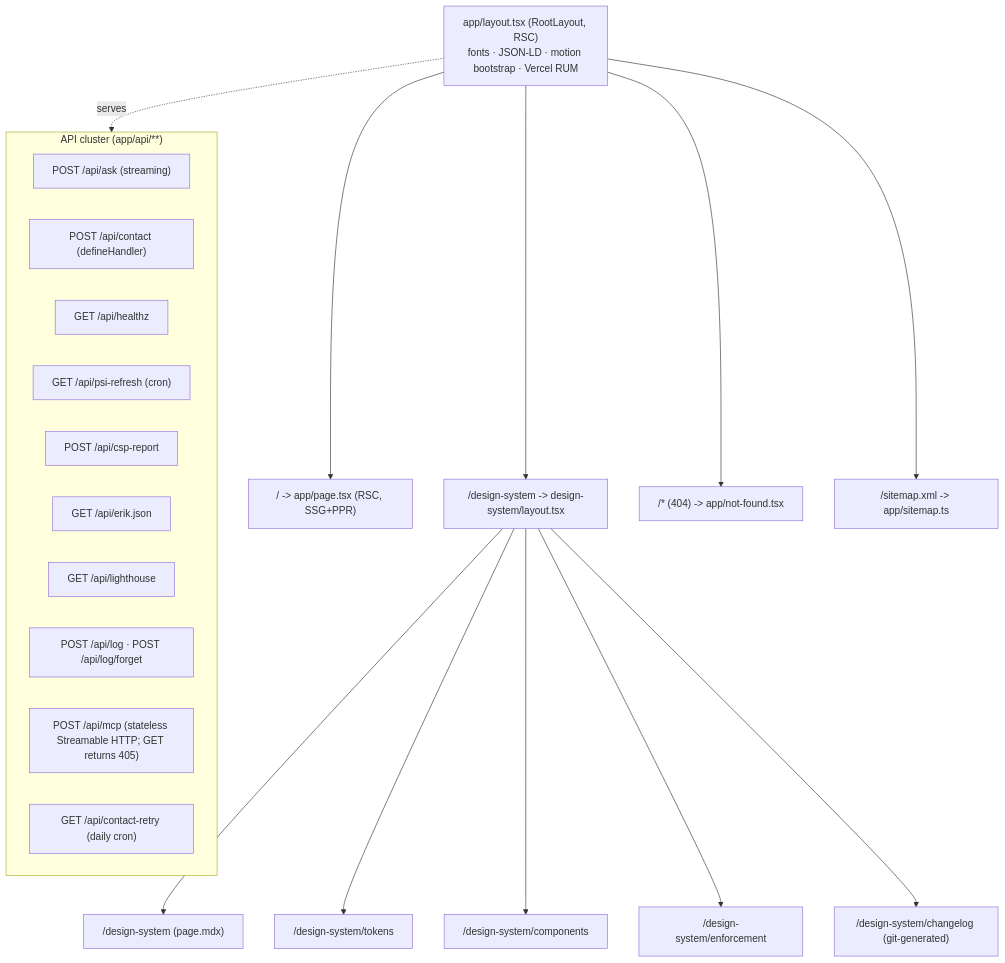
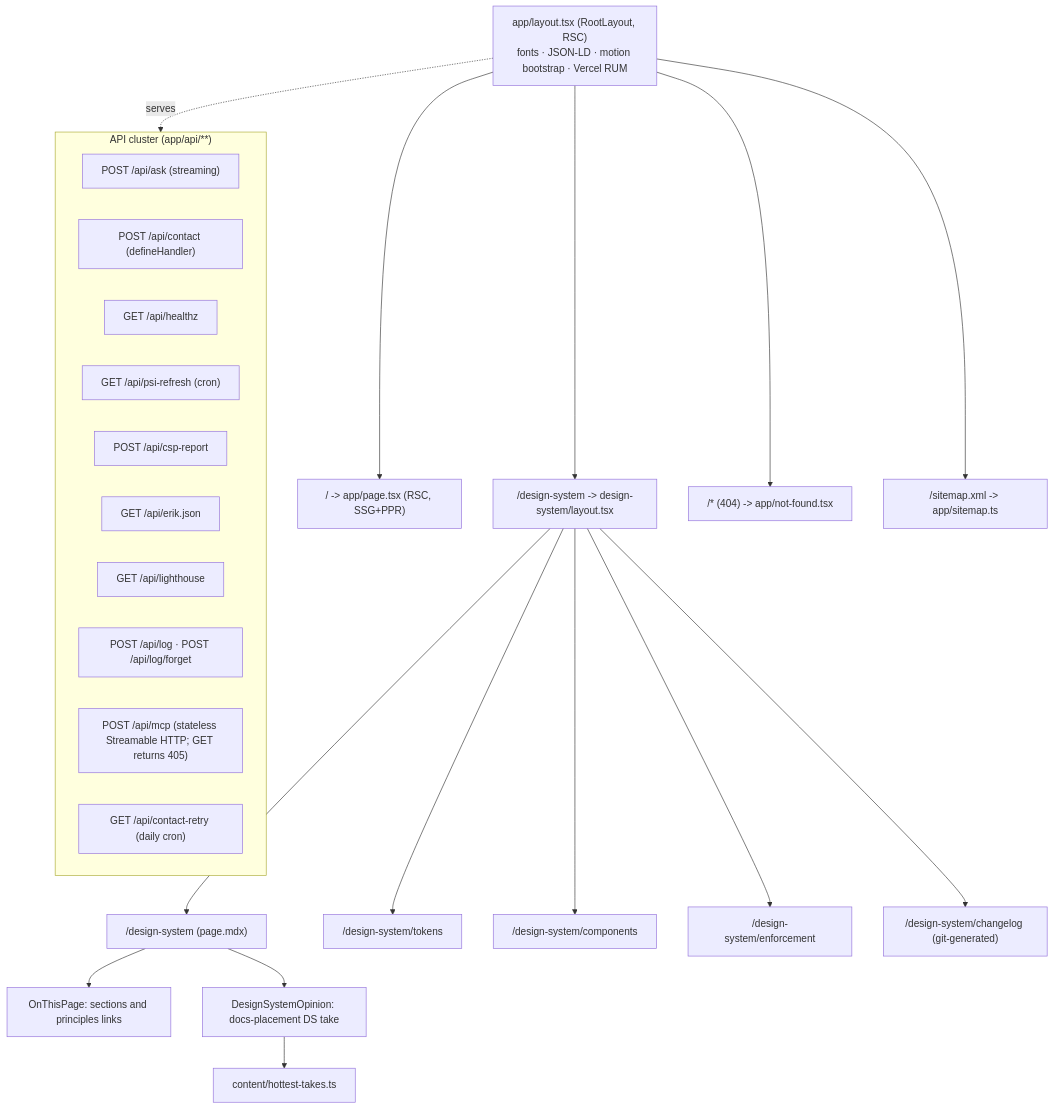
The first of 6 diagrams in docs/03-rendering-and-data-flow.md (erikunha/portfolio), drawn with Mermaid before and after one commit. The commit also changed 35 other files, not shown here.

First line of the commit message:
feat(design-system): r106 reference pages, sitemap coverage and mobile layout (#284)

````diff
--- a/docs/03-rendering-and-data-flow.md
+++ b/docs/03-rendering-and-data-flow.md
@@ -7,26 +7,29 @@
 ```mermaid
 flowchart TD
     layout["app/layout.tsx (RootLayout, RSC)<br/>fonts · JSON-LD · motion bootstrap · Vercel RUM"]
     layout --> home["/ -> app/page.tsx (RSC, SSG+PPR)"]
     layout --> ds["/design-system -> design-system/layout.tsx"]
     layout --> nf["/* (404) -> app/not-found.tsx"]
     layout --> sm["/sitemap.xml -> app/sitemap.ts"]
     ds --> ds1["/design-system (page.mdx)"]
+    ds1 --> toc["OnThisPage: sections and principles links"]
+    ds1 --> opinion["DesignSystemOpinion: docs-placement DS take"]
+    opinion --> takes["content/hottest-takes.ts"]
     ds --> ds2["/design-system/tokens"]
     ds --> ds3["/design-system/components"]
     ds --> ds4["/design-system/enforcement"]
     ds --> ds5["/design-system/changelog (git-generated)"]
     subgraph api["API cluster (app/api/**)"]
       api1["POST /api/ask (streaming)"]
       api2["POST /api/contact (defineHandler)"]
       api3["GET /api/healthz"]
       api4["GET /api/psi-refresh (cron)"]
       api5["POST /api/csp-report"]
       api6["GET /api/erik.json"]
       api7["GET /api/lighthouse"]
       api8["POST /api/log · POST /api/log/forget"]
       api9["POST /api/mcp (stateless Streamable HTTP; GET returns 405)"]
       api10["GET /api/contact-retry (daily cron)"]
     end
     layout -.serves.-> api
 ```
````
